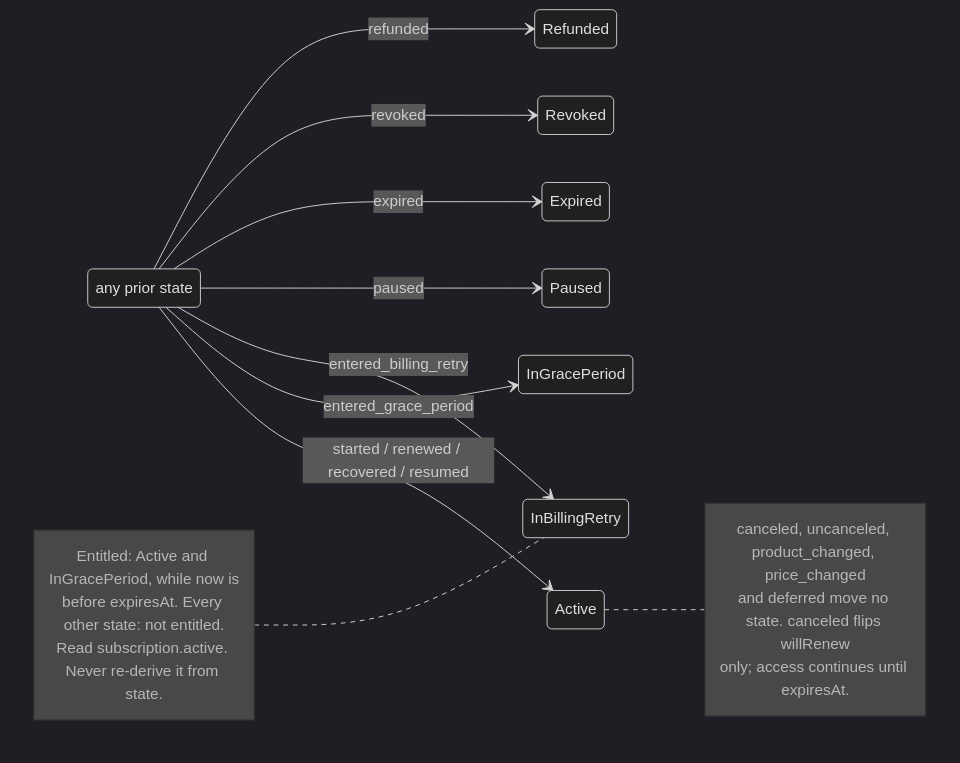
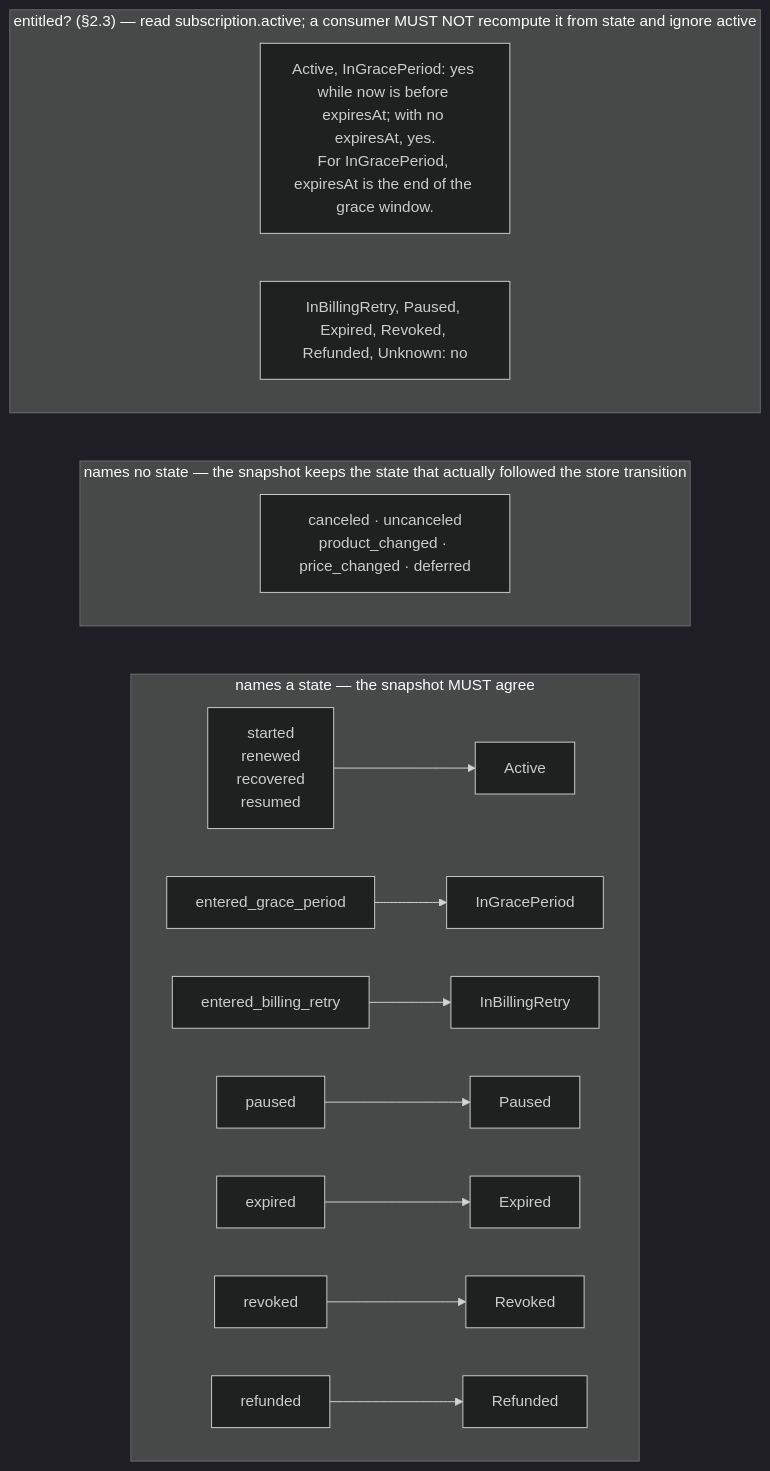
Before and after one commit to hyodotdev/openiap: the first of 3 diagrams in specs/commerce-protocol/SPEC.md, drawn with Mermaid (dark theme). The commit also changed other lines of this file and 4 other files, not shown here.

First line of the commit message:
docs(commerce-protocol): make the diagrams say only what the prose says

````diff
--- a/specs/commerce-protocol/SPEC.md
+++ b/specs/commerce-protocol/SPEC.md
@@ -657,25 +657,22 @@
 ```mermaid
-stateDiagram-v2
-  direction LR
-  state "any prior state" as Prior
-
-  Prior --> Active: started / renewed / recovered / resumed
-  Prior --> InGracePeriod: entered_grace_period
-  Prior --> InBillingRetry: entered_billing_retry
-  Prior --> Paused: paused
-  Prior --> Expired: expired
-  Prior --> Revoked: revoked
-  Prior --> Refunded: refunded
-
-  note right of Active
-    canceled, uncanceled, product_changed, price_changed
-    and deferred move no state. canceled flips willRenew
-    only; access continues until expiresAt.
-  end note
-
-  note left of InBillingRetry
-    Entitled: Active and InGracePeriod, while now is
-    before expiresAt. Every other state: not entitled.
-    Read subscription.active. Never re-derive it from state.
-  end note
+flowchart LR
+  subgraph lands ["names a state — the snapshot MUST agree"]
+    direction LR
+    e1["started<br/>renewed<br/>recovered<br/>resumed"] --> Active
+    e2["entered_grace_period"] --> InGracePeriod
+    e3["entered_billing_retry"] --> InBillingRetry
+    e4["paused"] --> Paused
+    e5["expired"] --> Expired
+    e6["revoked"] --> Revoked
+    e7["refunded"] --> Refunded
+  end
+  subgraph none ["names no state — the snapshot keeps the state that actually followed the store transition"]
+    direction LR
+    e8["canceled · uncanceled<br/>product_changed · price_changed · deferred"]
+  end
+  subgraph predicate ["entitled? (§2.3) — read subscription.active; a consumer MUST NOT recompute it from state and ignore active"]
+    direction LR
+    p1["Active, InGracePeriod: yes while now is before expiresAt; with no expiresAt, yes.<br/>For InGracePeriod, expiresAt is the end of the grace window."]
+    p2["InBillingRetry, Paused, Expired, Revoked, Refunded, Unknown: no"]
+  end
 ```
````
